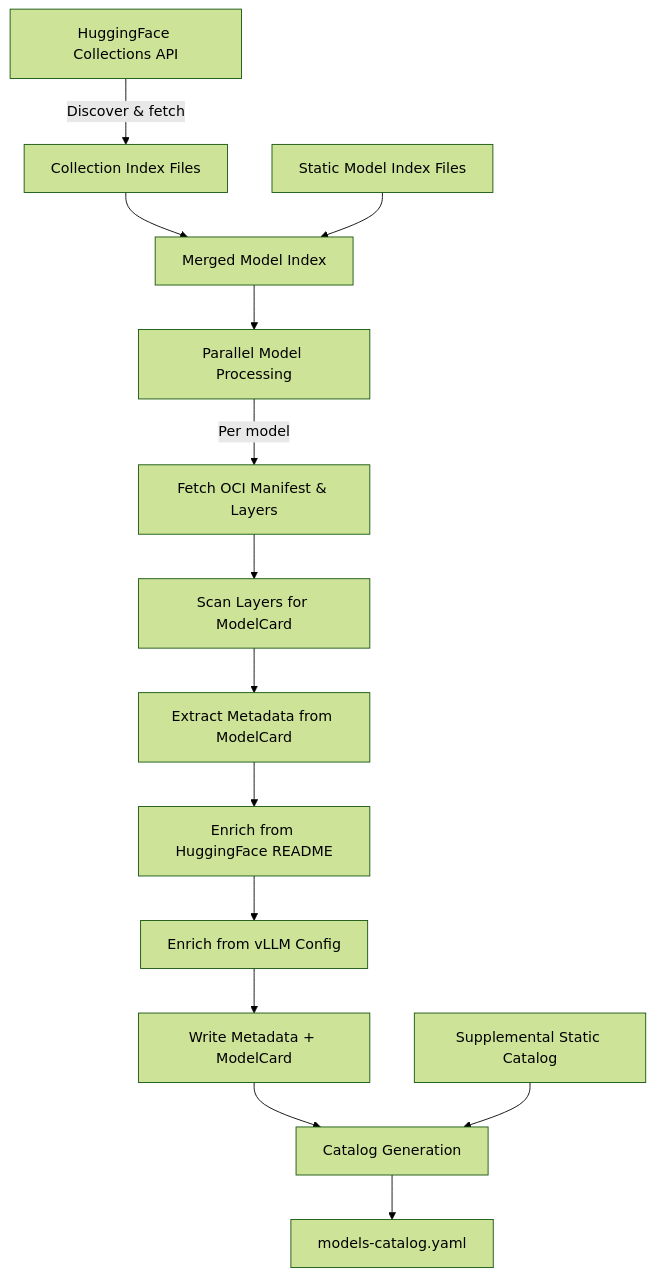
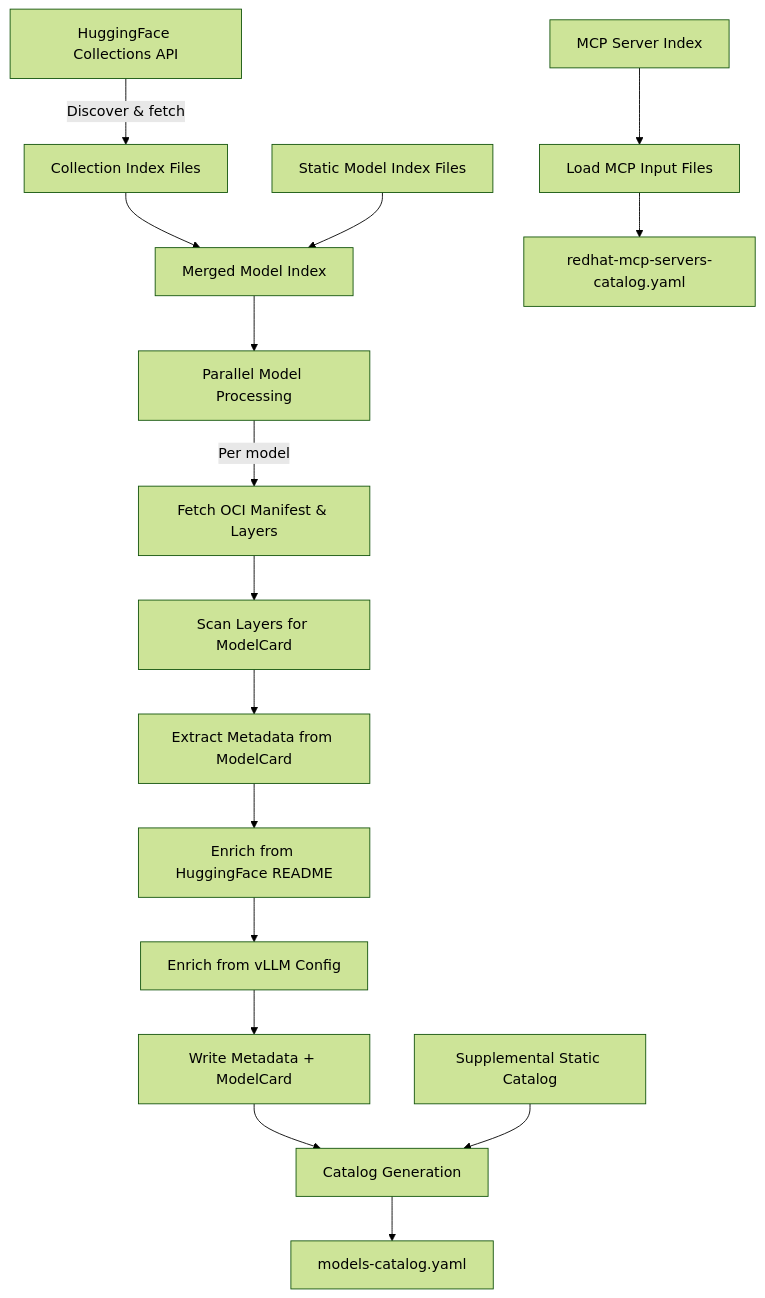
One commit to red-hat-data-services/model-metadata-collection changed the first of 3 diagrams in ARCHITECTURE.md. Above: the diagram before and after it, drawn with Mermaid (forest theme). The commit also changed other lines of this file and 16 other files, not shown here.

First line of the commit message:
feat(mcp): add MCP server catalog generation with code review fixes (#110)

````diff
--- a/ARCHITECTURE.md
+++ b/ARCHITECTURE.md
@@ -11,16 +11,19 @@
 ```mermaid
 flowchart TD
     A[HuggingFace Collections API] -->|Discover & fetch| B[Collection Index Files]
     B --> C[Merged Model Index]
     D[Static Model Index Files] --> C
     C --> E[Parallel Model Processing]
     E -->|Per model| F[Fetch OCI Manifest & Layers]
     F --> G[Scan Layers for ModelCard]
     G --> H[Extract Metadata from ModelCard]
     H --> I[Enrich from HuggingFace README]
     I --> J[Enrich from vLLM Config]
     J --> K[Write Metadata + ModelCard]
     K --> L[Catalog Generation]
     M[Supplemental Static Catalog] --> L
     L --> N[models-catalog.yaml]
+
+    O[MCP Server Index] --> P[Load MCP Input Files]
+    P --> Q[redhat-mcp-servers-catalog.yaml]
 ```
````
